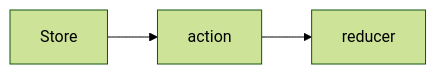
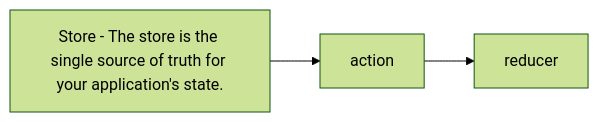
The diagram in React/README.md (agsamdev/FCC-FrontEndDev-Libraries), drawn with Mermaid (forest theme) before and after one commit.

````diff
--- a/React/README.md
+++ b/React/README.md
@@ -1,9 +1,9 @@
 ```mermaid
 %%{init: {"flowchart": {"htmlLabels": false}} }%%
 flowchart LR
-    first["`Store`"]
+    first["`Store - The store is the single source of truth for your application's state. `"]
     second["`action`"]
     third["`reducer`"]
     first --> second --> third
 
 ```
````
